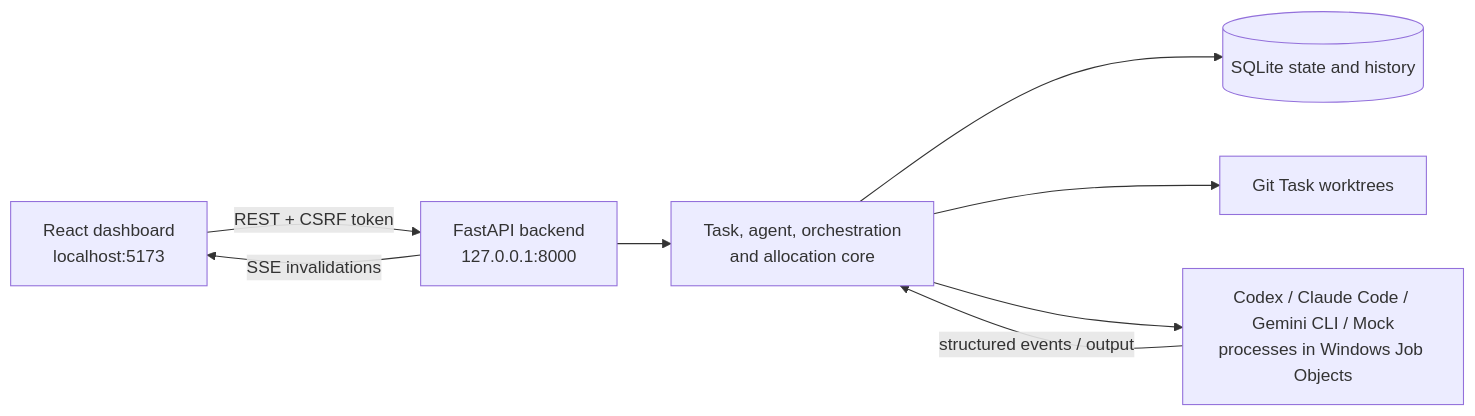
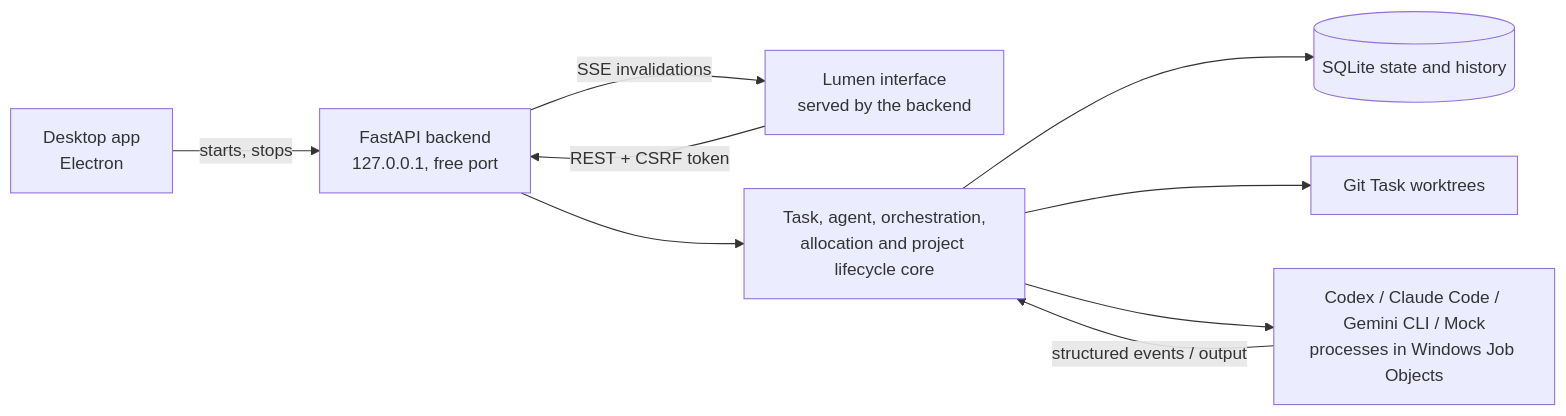
Before and after one commit to amit22882036-ship-it/ai-agent-control-center: the diagram in README.md, drawn with Mermaid. The commit also changed other lines of this file and 8 other files, not shown here.

Commit message:
docs: README, desktop app, project lifecycle, agent access and Lumen parity

````diff
--- a/README.md
+++ b/README.md
@@ -80,10 +82,11 @@
 ```mermaid
 flowchart LR
-    UI[React dashboard<br/>localhost:5173] -->|REST + CSRF token| API[FastAPI backend<br/>127.0.0.1:8000]
+    Shell[Desktop app<br/>Electron] -->|starts, stops| API
+    UI[Lumen interface<br/>served by the backend] -->|REST + CSRF token| API[FastAPI backend<br/>127.0.0.1, free port]
     API -->|SSE invalidations| UI
-    API --> Core[Task, agent, orchestration<br/>and allocation core]
+    API --> Core[Task, agent, orchestration,<br/>allocation and project lifecycle core]
     Core --> DB[(SQLite state and history)]
     Core --> WS[Git Task worktrees]
     Core --> Workers[Codex / Claude Code / Gemini CLI / Mock<br/>processes in Windows Job Objects]
     Workers -->|structured events / output| Core
 ```
````
